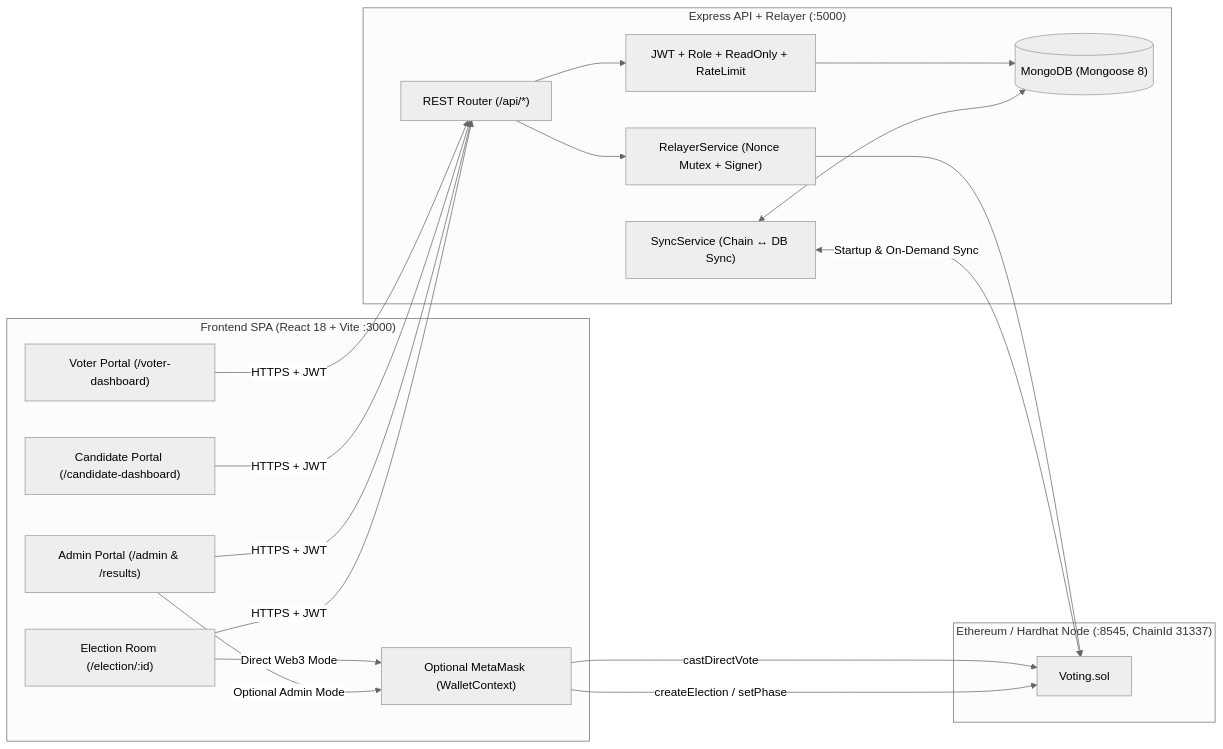
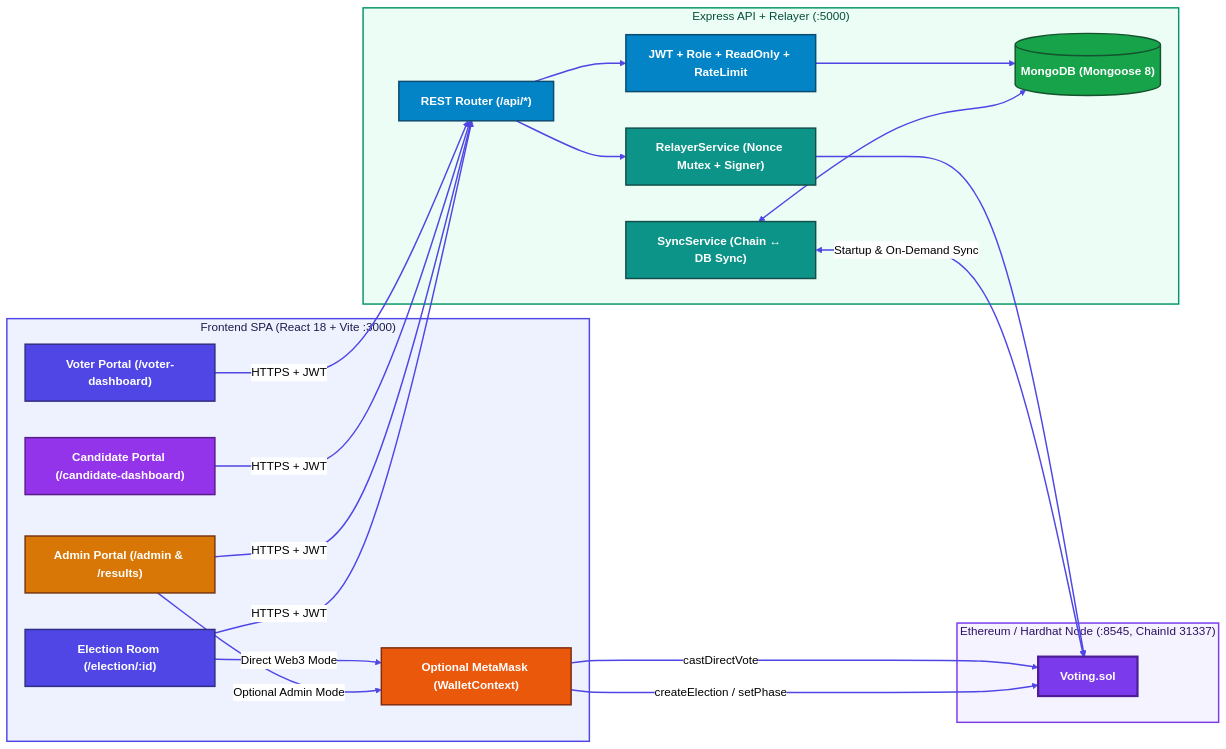
Before and after one commit to Bijoy781999/VoteChain-Hybrid_Blockchain_Voting_System: the diagram in README.md, drawn with Mermaid (neutral theme).

Commit message:
docs: brighten Architecture Overview Mermaid diagram colors

````diff
--- a/README.md
+++ b/README.md
@@ -51,33 +51,57 @@
 ```mermaid
 flowchart LR
     subgraph Client["Frontend SPA (React 18 + Vite :3000)"]
         VP["Voter Portal (/voter-dashboard)"]
         CP["Candidate Portal (/candidate-dashboard)"]
         AP["Admin Portal (/admin & /results)"]
         ER["Election Room (/election/:id)"]
         MM["Optional MetaMask (WalletContext)"]
     end
 
     subgraph Server["Express API + Relayer (:5000)"]
         API["REST Router (/api/*)"]
         AUTH["JWT + Role + ReadOnly + RateLimit"]
         REL["RelayerService (Nonce Mutex + Signer)"]
         SYNC["SyncService (Chain ↔ DB Sync)"]
         DB[("MongoDB (Mongoose 8)")]
     end
 
     subgraph Chain["Ethereum / Hardhat Node (:8545, ChainId 31337)"]
         SC["Voting.sol"]
     end
 
     VP -->|HTTPS + JWT| API
     CP -->|HTTPS + JWT| API
     AP -->|HTTPS + JWT| API
     ER -->|HTTPS + JWT| API
     API --> AUTH --> DB
     API --> REL --> SC
     ER -->|Direct Web3 Mode| MM -->|castDirectVote| SC
     AP -->|Optional Admin Mode| MM -->|createElection / setPhase| SC
     SYNC <-->|Startup & On-Demand Sync| SC
     SYNC <--> DB
+
+    classDef voterNode fill:#4f46e5,stroke:#312e81,stroke-width:2px,color:#ffffff,font-weight:bold
+    classDef candidateNode fill:#9333ea,stroke:#581c87,stroke-width:2px,color:#ffffff,font-weight:bold
+    classDef adminNode fill:#d97706,stroke:#78350f,stroke-width:2px,color:#ffffff,font-weight:bold
+    classDef walletNode fill:#ea580c,stroke:#7c2d12,stroke-width:2px,color:#ffffff,font-weight:bold
+    classDef apiNode fill:#0284c7,stroke:#0c4a6e,stroke-width:2px,color:#ffffff,font-weight:bold
+    classDef serviceNode fill:#0d9488,stroke:#134e4a,stroke-width:2px,color:#ffffff,font-weight:bold
+    classDef dbNode fill:#16a34a,stroke:#14532d,stroke-width:2px,color:#ffffff,font-weight:bold
+    classDef chainNode fill:#7c3aed,stroke:#4c1d95,stroke-width:3px,color:#ffffff,font-weight:bold
+
+    class VP,ER voterNode
+    class CP candidateNode
+    class AP adminNode
+    class MM walletNode
+    class API,AUTH apiNode
+    class REL,SYNC serviceNode
+    class DB dbNode
+    class SC chainNode
+
+    style Client fill:#eef2ff,stroke:#4f46e5,stroke-width:2px,color:#1e1b4b
+    style Server fill:#ecfdf5,stroke:#059669,stroke-width:2px,color:#064e3b
+    style Chain fill:#f5f3ff,stroke:#7c3aed,stroke-width:2px,color:#2e1065
+
+    linkStyle default stroke:#4f46e5,stroke-width:2px
 ```
````
